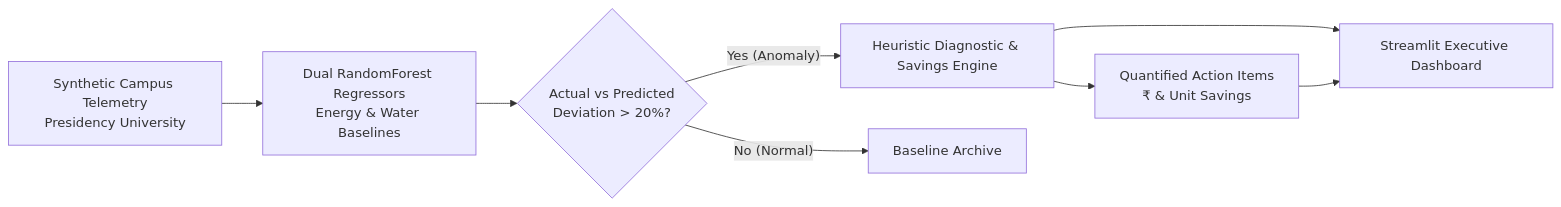
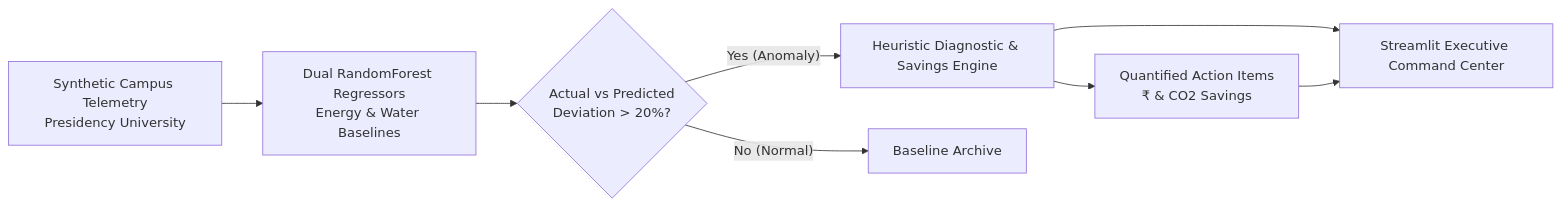
One commit to jayanth-git3/crew changed the diagram in README.md. Above: the diagram before and after it, drawn with Mermaid. The commit also changed other lines of this file and 4 other files, not shown here.

````diff
--- a/README.md
+++ b/README.md
@@ -11,10 +11,10 @@
 ```mermaid
 flowchart LR
     A[Synthetic Campus Telemetry<br/>Presidency University] --> B[Dual RandomForest Regressors<br/>Energy & Water Baselines]
     B --> C{Actual vs Predicted<br/>Deviation > 20%?}
     C -- Yes (Anomaly) --> D[Heuristic Diagnostic & Savings Engine]
     C -- No (Normal) --> E[Baseline Archive]
-    D --> F[Quantified Action Items<br/>₹ & Unit Savings]
-    D --> G[Streamlit Executive Dashboard]
+    D --> F[Quantified Action Items<br/>₹ & CO2 Savings]
+    D --> G[Streamlit Executive Command Center]
     F --> G
 ```
````
